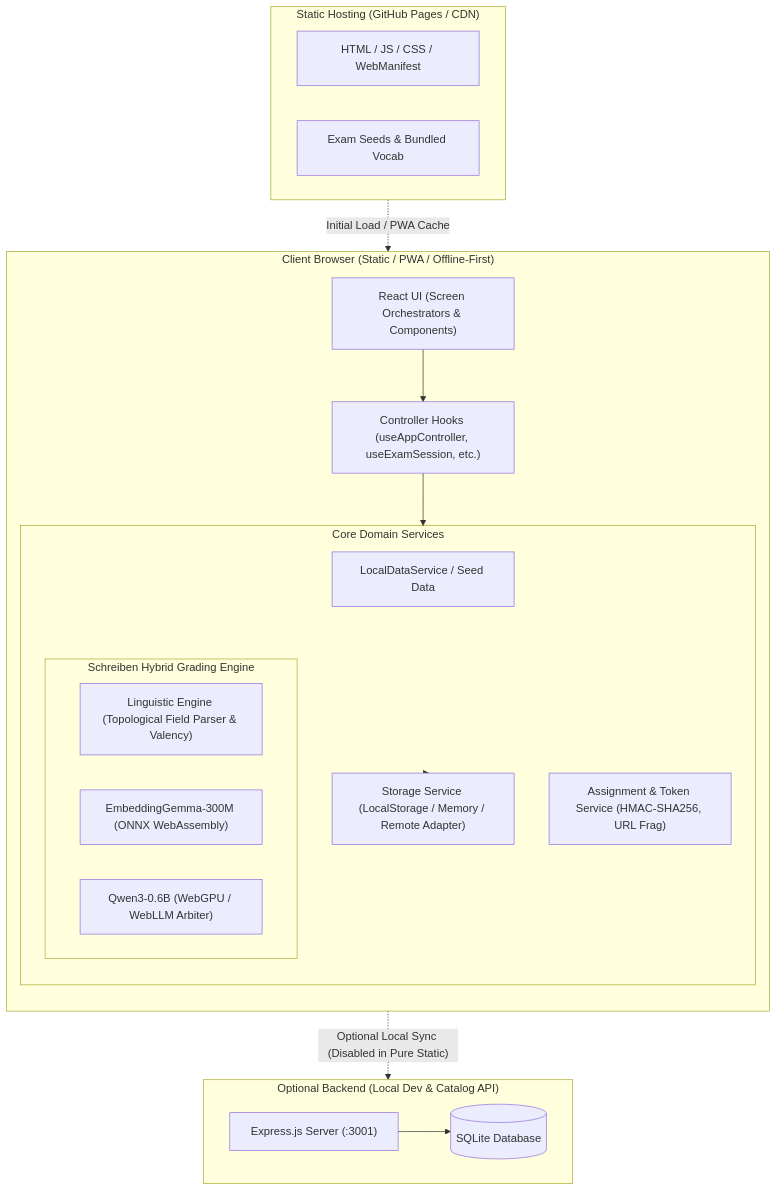
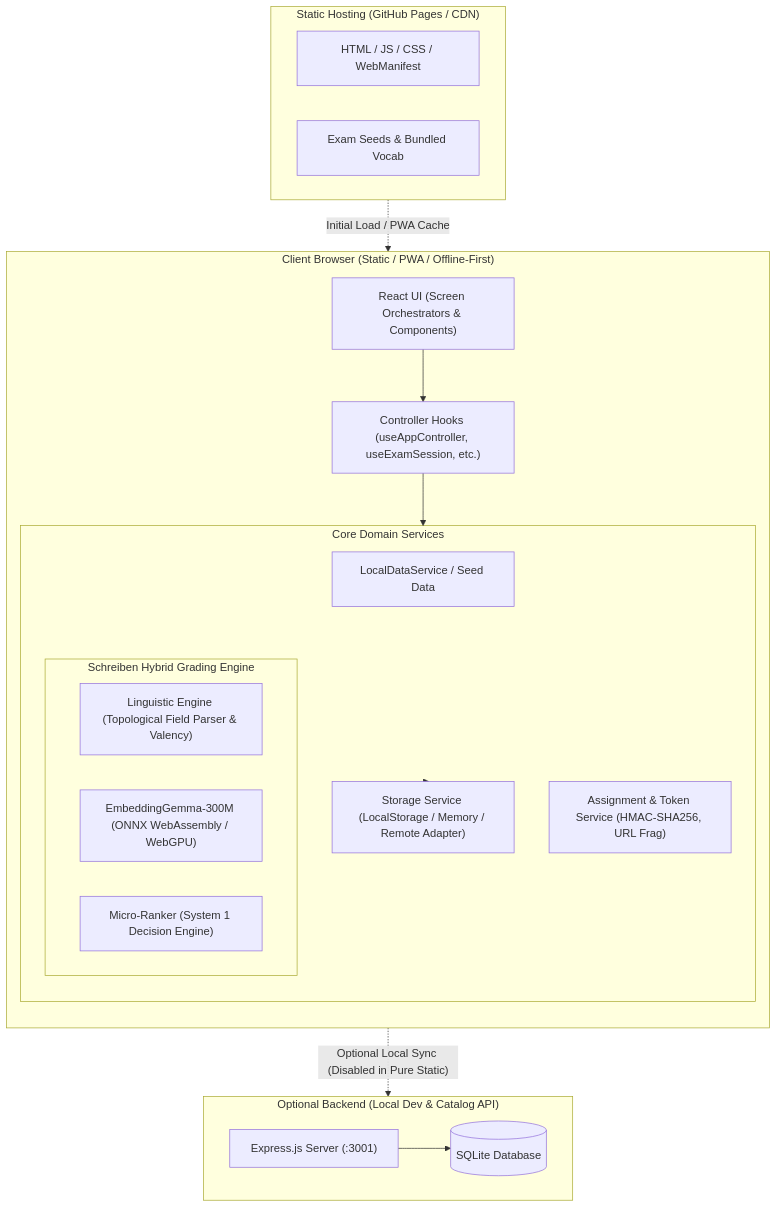
One commit to soldrag/telcA1 changed the first of 5 diagrams in ARCHITECTURE.md. Above: the diagram before and after it, drawn with Mermaid. The commit also changed other lines of this file and 23 other files, not shown here.

Commit message:
perf(optimization): eliminate idle CPU timer churn, isolate worker memory, purge WebLLM, enable wasm brotli and lazy screens (v0.7.23)

````diff
--- a/ARCHITECTURE.md
+++ b/ARCHITECTURE.md
@@ -20,38 +20,38 @@
 ```mermaid
 flowchart TB
     subgraph Client["Client Browser (Static / PWA / Offline-First)"]
         direction TB
         UI["React UI (Screen Orchestrators & Components)"]
         Hooks["Controller Hooks (useAppController, useExamSession, etc.)"]
         
         subgraph Services["Core Domain Services"]
             ExamSvc["LocalDataService / Seed Data"]
             StorageSvc["Storage Service (LocalStorage / Memory / Remote Adapter)"]
             SecuritySvc["Assignment & Token Service (HMAC-SHA256, URL Frag)"]
             
             subgraph SchreibenEngine["Schreiben Hybrid Grading Engine"]
                 NLP["Linguistic Engine (Topological Field Parser & Valency)"]
-                Embeddings["EmbeddingGemma-300M (ONNX WebAssembly)"]
-                WebLLM["Qwen3-0.6B (WebGPU / WebLLM Arbiter)"]
+                Embeddings["EmbeddingGemma-300M (ONNX WebAssembly / WebGPU)"]
+                MicroRanker["Micro-Ranker (System 1 Decision Engine)"]
             end
         end
         
         UI --> Hooks
         Hooks --> Services
         Services --> StorageSvc
     end
 
     subgraph StaticHost["Static Hosting (GitHub Pages / CDN)"]
         StaticAssets["HTML / JS / CSS / WebManifest"]
         PrecachedSeeds["Exam Seeds & Bundled Vocab"]
     end
 
     subgraph OptionalBackend["Optional Backend (Local Dev & Catalog API)"]
         Express["Express.js Server (:3001)"]
         SQLite[(SQLite Database)]
         Express --> SQLite
     end
 
     StaticHost -.->|"Initial Load / PWA Cache"| Client
     Client -.->|"Optional Local Sync (Disabled in Pure Static)"| OptionalBackend
 ```
````
